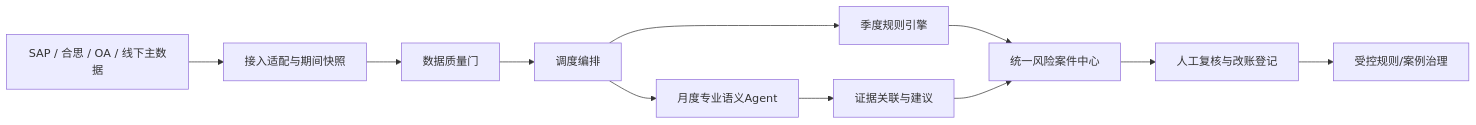
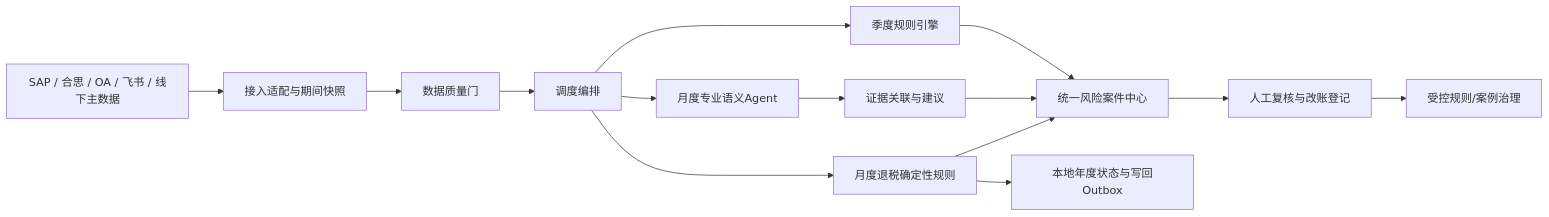
One commit to sisibeloved/tax_monitor_platform changed the first of 2 diagrams in docs/design/architecture/2026-07-12-group-income-tax-risk-monitoring-platform-architecture.md. Above: the diagram before and after it, drawn with Mermaid. The commit also changed other lines of this file and 169 other files, not shown here.

````diff
--- a/docs/design/architecture/2026-07-12-group-income-tax-risk-monitoring-platform-architecture.md
+++ b/docs/design/architecture/2026-07-12-group-income-tax-risk-monitoring-platform-architecture.md
@@ -83,13 +85,16 @@
 ```mermaid
 flowchart LR
-    S["SAP / 合思 / OA / 线下主数据"] --> I["接入适配与期间快照"]
+    S["SAP / 合思 / OA / 飞书 / 线下主数据"] --> I["接入适配与期间快照"]
     I --> Q["数据质量门"]
     Q --> O["调度编排"]
     O --> R["季度规则引擎"]
     O --> A["月度专业语义Agent"]
+    O --> F["月度退税确定性规则"]
     A --> E["证据关联与建议"]
     R --> C["统一风险案件中心"]
+    F --> C
+    F --> W["本地年度状态与写回Outbox"]
     E --> C
     C --> H["人工复核与改账登记"]
     H --> G["受控规则/案例治理"]
 ```
````
